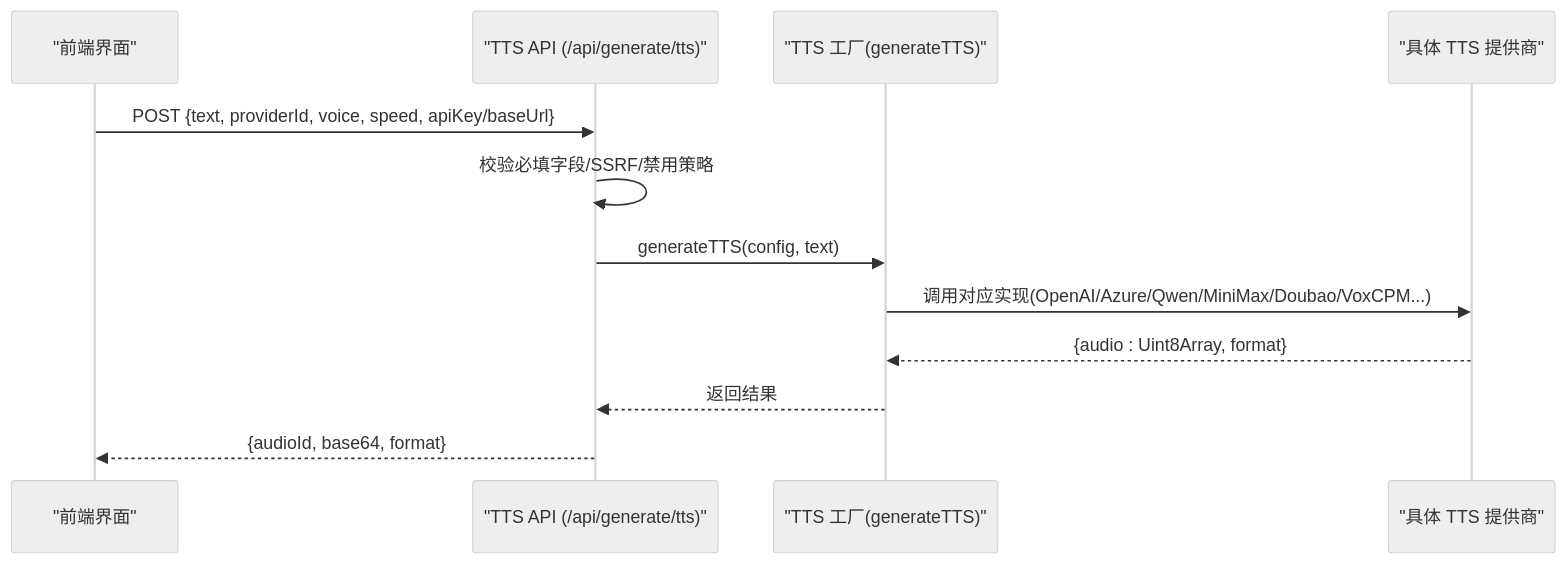
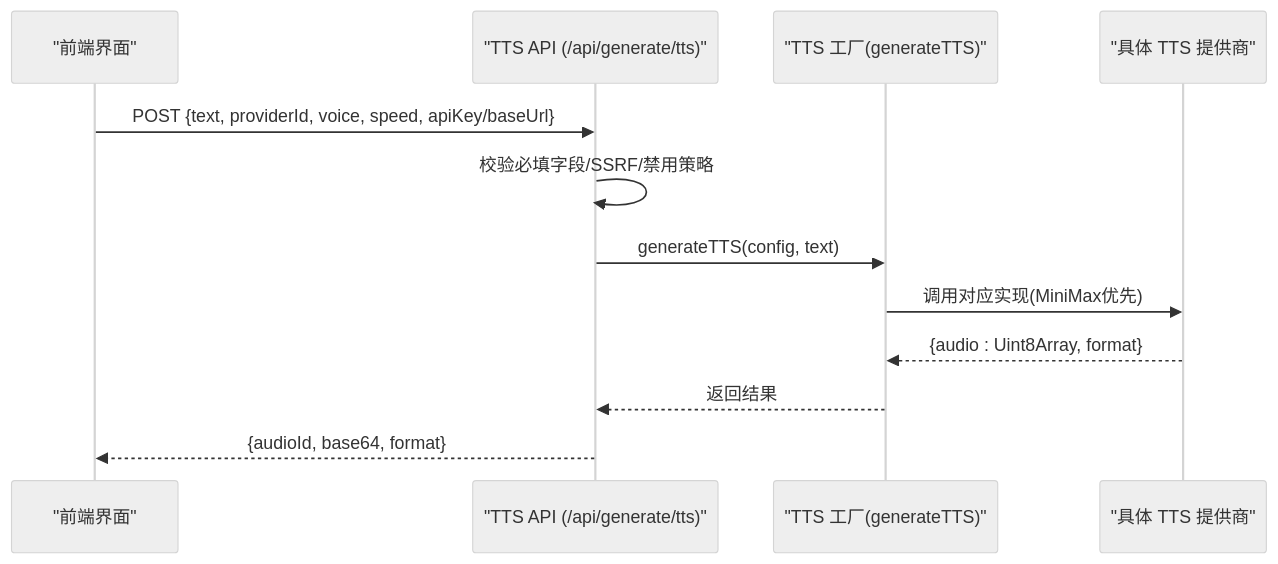
One commit to huangboheng/OpenMAIC changed the first of 2 diagrams in .qoder/repowiki/zh/content/外部服务集成/语音合成与识别服务.md. Above: the diagram before and after it, drawn with Mermaid (neutral theme). The commit also changed other lines of this file and 9 other files, not shown here.

````diff
--- a/.qoder/repowiki/zh/content/外部服务集成/语音合成与识别服务.md
+++ b/.qoder/repowiki/zh/content/外部服务集成/语音合成与识别服务.md
@@ -39,14 +52,14 @@
 ```mermaid
 sequenceDiagram
 participant UI as "前端界面"
 participant API as "TTS API (/api/generate/tts)"
 participant Factory as "TTS 工厂(generateTTS)"
 participant Provider as "具体 TTS 提供商"
 UI->>API : POST {text, providerId, voice, speed, apiKey/baseUrl}
 API->>API : 校验必填字段/SSRF/禁用策略
 API->>Factory : generateTTS(config, text)
-Factory->>Provider : 调用对应实现(OpenAI/Azure/Qwen/MiniMax/Doubao/VoxCPM...)
+Factory->>Provider : 调用对应实现(MiniMax优先)
 Provider-->>Factory : {audio : Uint8Array, format}
 Factory-->>API : 返回结果
 API-->>UI : {audioId, base64, format}
 ```
````
